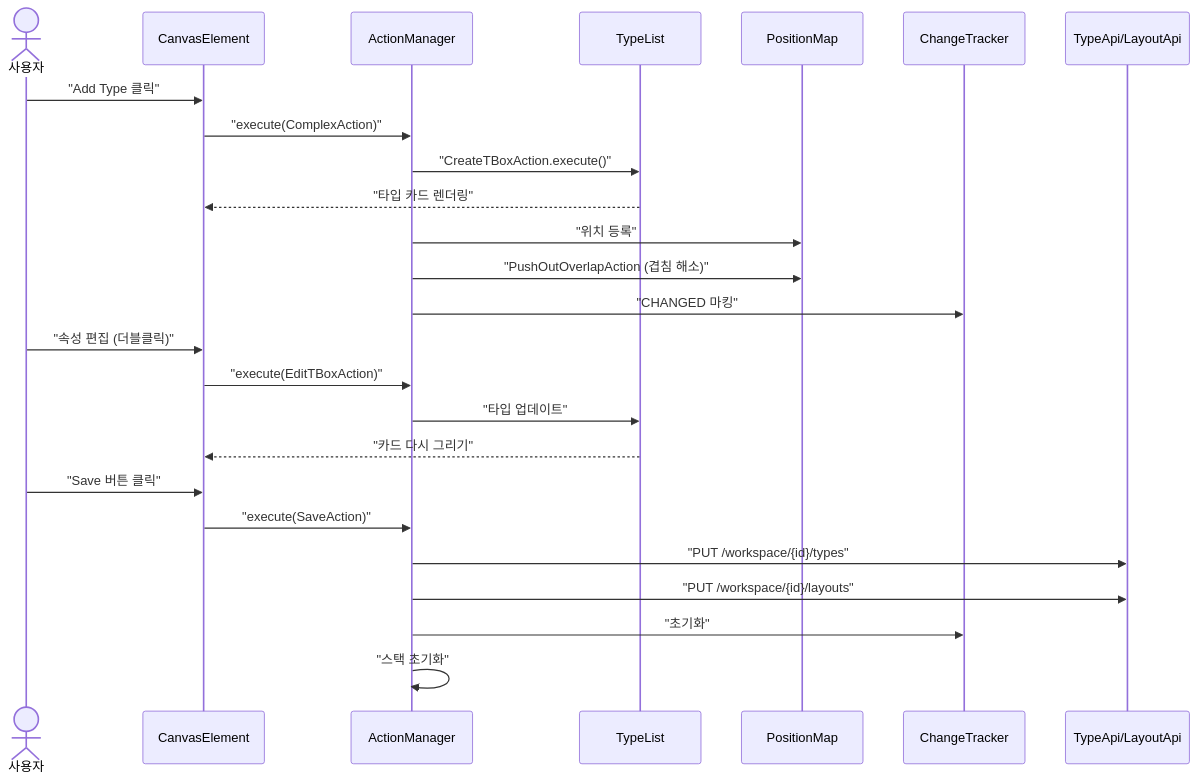
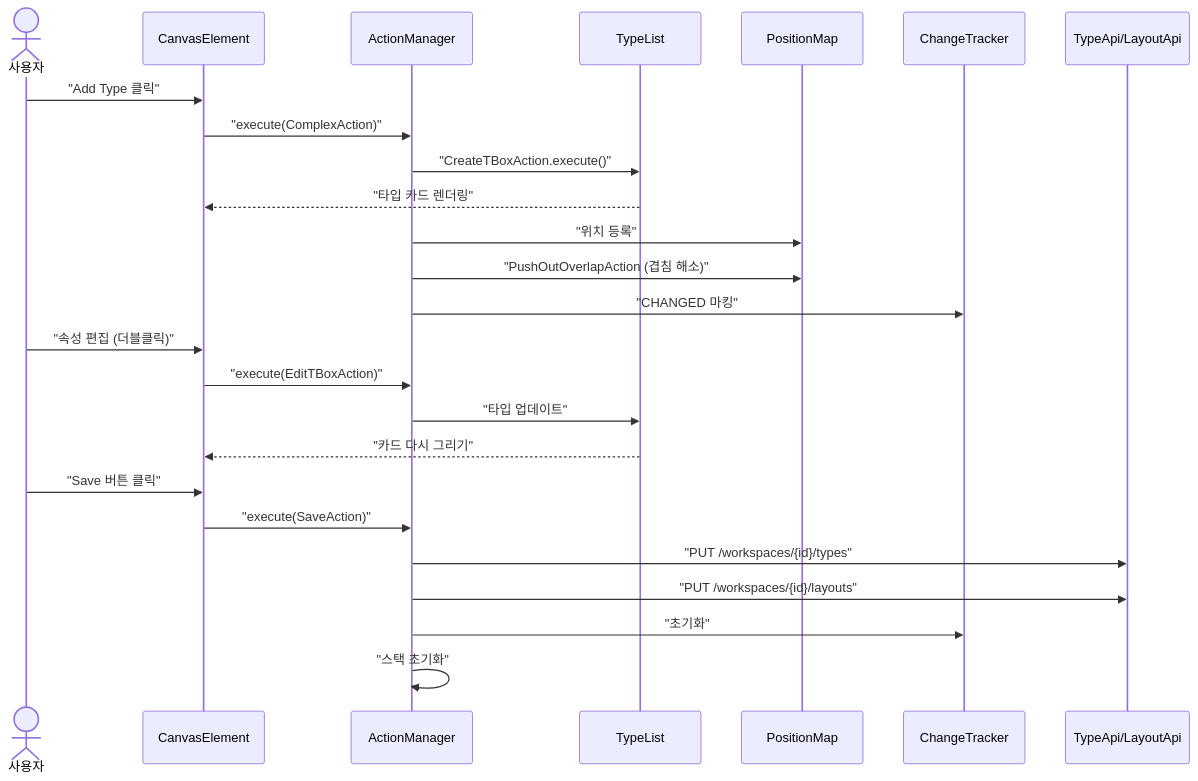
The third of 4 diagrams in type-ui/USECASE.md (sayaya1090/handbook), drawn with Mermaid before and after one commit. The commit also changed other lines of this file and 58 other files, not shown here.

````diff
--- a/type-ui/USECASE.md
+++ b/type-ui/USECASE.md
@@ -45,30 +45,30 @@
 ```mermaid
 sequenceDiagram
     actor User as 사용자
     participant Canvas as CanvasElement
     participant AM as ActionManager
     participant TL as TypeList
     participant PM as PositionMap
     participant CT as ChangeTracker
     participant API as TypeApi/LayoutApi
 
     User->>Canvas: "Add Type 클릭"
     Canvas->>AM: "execute(ComplexAction)"
     AM->>TL: "CreateTBoxAction.execute()"
     TL-->>Canvas: "타입 카드 렌더링"
     AM->>PM: "위치 등록"
     AM->>PM: "PushOutOverlapAction (겹침 해소)"
     AM->>CT: "CHANGED 마킹"
 
     User->>Canvas: "속성 편집 (더블클릭)"
     Canvas->>AM: "execute(EditTBoxAction)"
     AM->>TL: "타입 업데이트"
     TL-->>Canvas: "카드 다시 그리기"
 
     User->>Canvas: "Save 버튼 클릭"
     Canvas->>AM: "execute(SaveAction)"
-    AM->>API: "PUT /workspace/{id}/types"
-    AM->>API: "PUT /workspace/{id}/layouts"
+    AM->>API: "PUT /workspaces/{id}/types"
+    AM->>API: "PUT /workspaces/{id}/layouts"
     AM->>CT: "초기화"
     AM->>AM: "스택 초기화"
 ```
````
